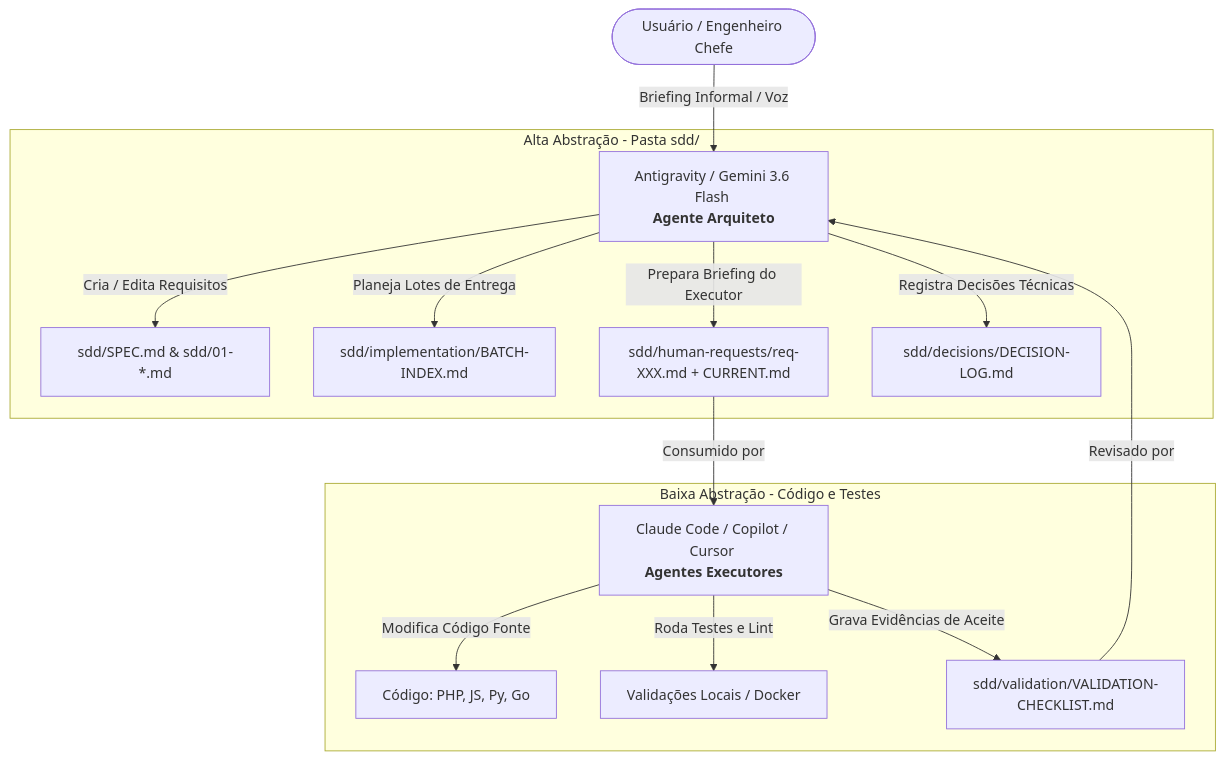
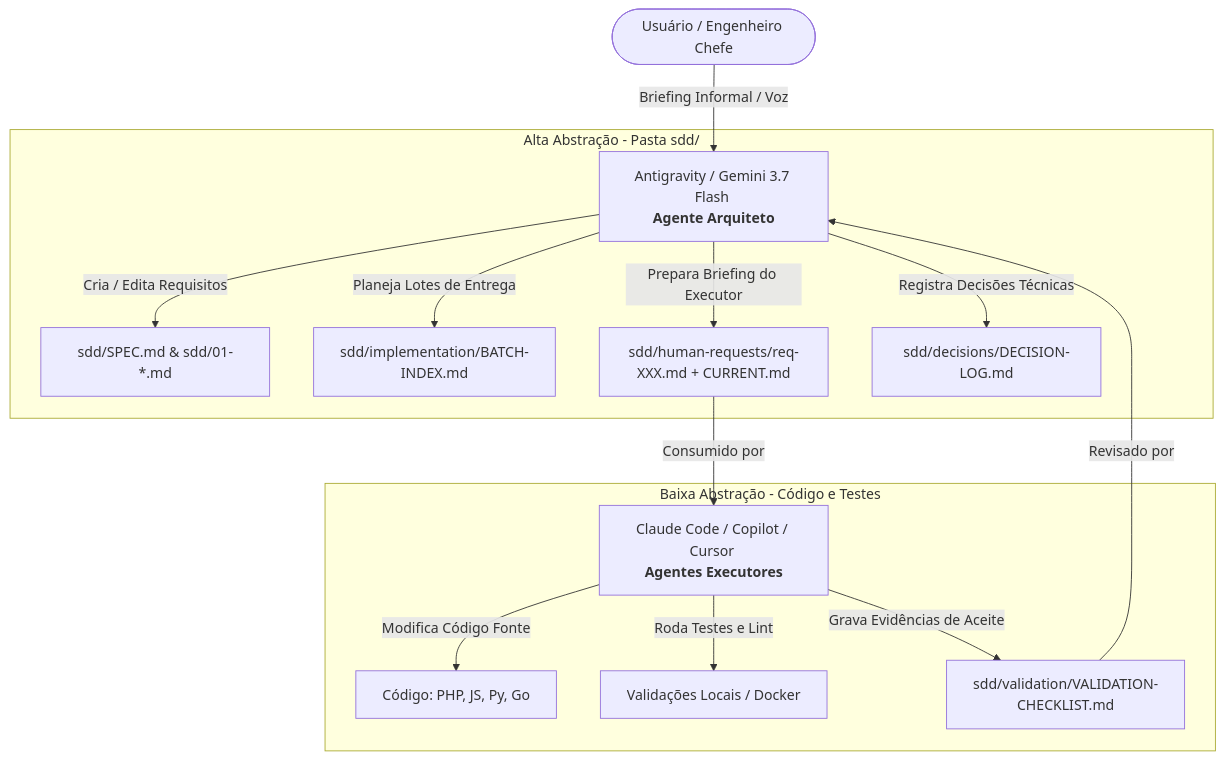
Before and after one commit to otavioserra/conn2flow-ai-workspace: the diagram in README-PT-BR.md, drawn with Mermaid. The commit also changed other lines of this file and 1 other file, not shown here.

Commit message:
docs(readme): upgrade Architect agent engine to Gemini 3.7 Flash in README and diagrams
- Updated Mermaid diagram and role descriptions from Gemini 3.6 Flash to Gemini 3.7 Flash.

````diff
--- a/README-PT-BR.md
+++ b/README-PT-BR.md
@@ -13,21 +13,21 @@
 ```mermaid
 graph TD
-    User([Usuário / Engenheiro Chefe]) -->|Briefing Informal / Voz| Architect[Antigravity / Gemini 3.6 Flash <br/><b>Agente Arquiteto</b>]
+    User([Usuário / Engenheiro Chefe]) -->|Briefing Informal / Voz| Architect[Antigravity / Gemini 3.7 Flash <br/><b>Agente Arquiteto</b>]
     
     subgraph Alta Abstração - Pasta sdd/
         Architect -->|Cria / Edita Requisitos| Specs[sdd/SPEC.md & sdd/01-*.md]
         Architect -->|Planeja Lotes de Entrega| Batches[sdd/implementation/BATCH-INDEX.md]
         Architect -->|Prepara Briefing do Executor| Brief[sdd/human-requests/req-XXX.md + CURRENT.md]
         Architect -->|Registra Decisões Técnicas| Decisions[sdd/decisions/DECISION-LOG.md]
     end
 
     Brief -->|Consumido por| Executor[Claude Code / Copilot / Cursor <br/><b>Agentes Executores</b>]
 
     subgraph Baixa Abstração - Código e Testes
         Executor -->|Modifica Código Fonte| SrcCode[Código: PHP, JS, Py, Go]
         Executor -->|Roda Testes e Lint| Tests[Validações Locais / Docker]
         Executor -->|Grava Evidências de Aceite| Validation[sdd/validation/VALIDATION-CHECKLIST.md]
     end
 
     Validation -->|Revisado por| Architect
 ```
````
